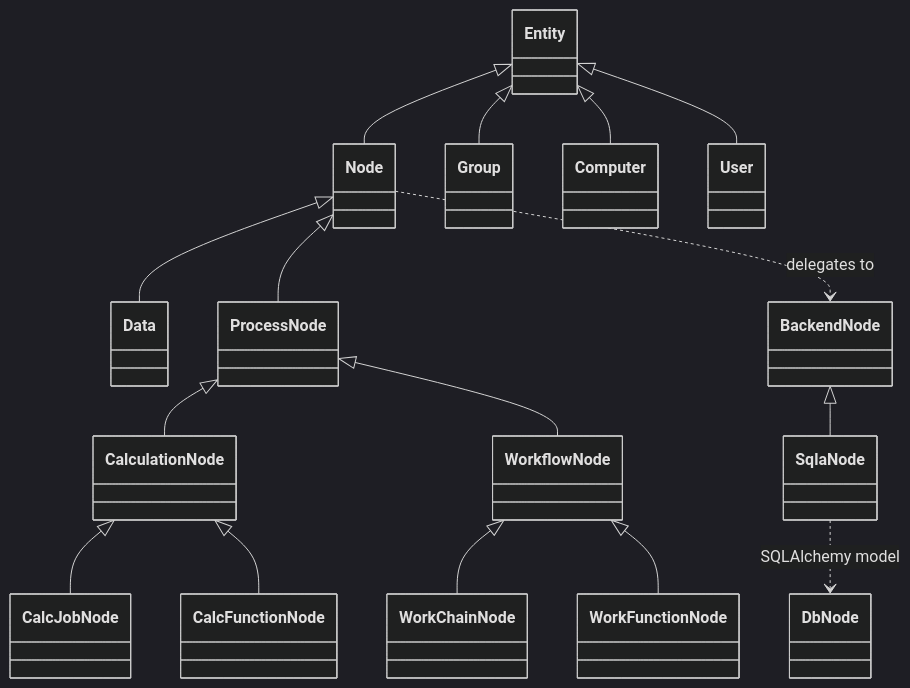
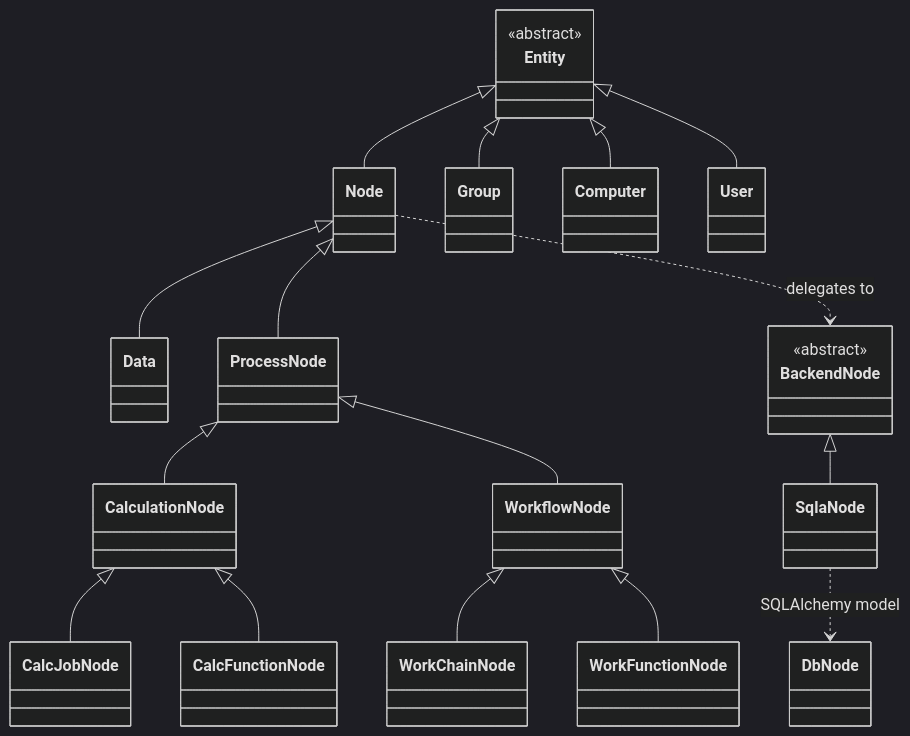
Before and after one commit to GeigerJ2/talks: the first of 4 diagrams in slides/2026-09-07-mc-wp4/slides.md, drawn with Mermaid (dark theme). The commit also changed other lines of this file and 4 other files, not shown here.

````diff
--- a/slides/2026-09-07-mc-wp4/slides.md
+++ b/slides/2026-09-07-mc-wp4/slides.md
@@ -130,18 +240,22 @@
 ```mermaid {scale: 0.55}
 classDiagram
+  class Entity { <<abstract>> }
+  class Data
+  class ProcessNode
   Entity <|-- Node
+  Node <|-- Data
+  Node <|-- ProcessNode
+  ProcessNode <|-- CalculationNode
+  CalculationNode <|-- CalcJobNode
+  CalculationNode <|-- CalcFunctionNode
+  ProcessNode <|-- WorkflowNode
+  WorkflowNode <|-- WorkChainNode
+  WorkflowNode <|-- WorkFunctionNode
   Entity <|-- Group
   Entity <|-- Computer
   Entity <|-- User
-  Node <|-- Data
-  Node <|-- ProcessNode
-  ProcessNode <|-- CalculationNode
-  ProcessNode <|-- WorkflowNode
-  CalculationNode <|-- CalcJobNode
-  CalculationNode <|-- CalcFunctionNode
-  WorkflowNode <|-- WorkChainNode
-  WorkflowNode <|-- WorkFunctionNode
+  class BackendNode { <<abstract>> }
   Node ..> BackendNode : delegates to
   BackendNode <|-- SqlaNode
   SqlaNode ..> DbNode : SQLAlchemy model
 ```
````
